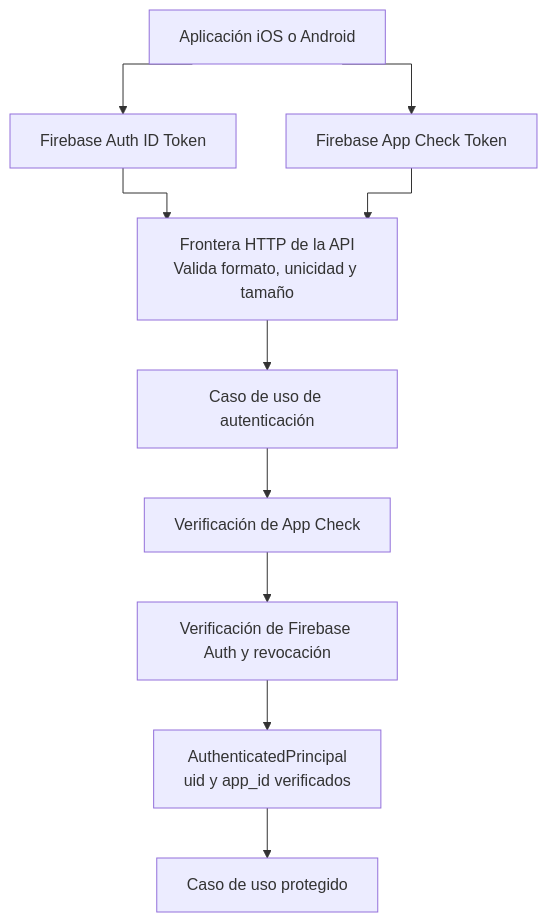
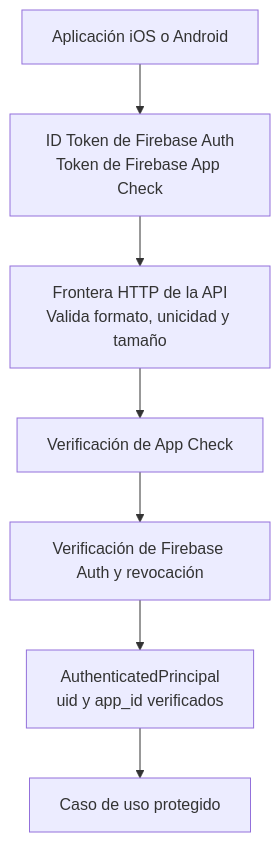
The diagram in docs/AUTHENTICATION.md (DappyDogs/dappydogs-chatbot-api), drawn with Mermaid before and after one commit. The commit also changed 15 other files, not shown here.

````diff
--- a/docs/AUTHENTICATION.md
+++ b/docs/AUTHENTICATION.md
@@ -20,23 +20,18 @@
 ```mermaid
 %%{init: {"flowchart": {"curve": "stepAfter"}}}%%
 flowchart TB
     MOBILE["Aplicación iOS o Android"]
-    AUTH_TOKEN["Firebase Auth ID Token"]
-    APP_TOKEN["Firebase App Check Token"]
+    EVIDENCE["ID Token de Firebase Auth<br/>Token de Firebase App Check"]
     HTTP["Frontera HTTP de la API<br/>Valida formato, unicidad y tamaño"]
-    AUTH_USE_CASE["Caso de uso de autenticación"]
     APP_CHECK["Verificación de App Check"]
     FIREBASE_AUTH["Verificación de Firebase Auth y revocación"]
     PRINCIPAL["AuthenticatedPrincipal<br/>uid y app_id verificados"]
     PROTECTED["Caso de uso protegido"]
 
-    MOBILE --> AUTH_TOKEN
-    MOBILE --> APP_TOKEN
-    AUTH_TOKEN --> HTTP
-    APP_TOKEN --> HTTP
-    HTTP --> AUTH_USE_CASE
-    AUTH_USE_CASE --> APP_CHECK
+    MOBILE --> EVIDENCE
+    EVIDENCE --> HTTP
+    HTTP --> APP_CHECK
     APP_CHECK --> FIREBASE_AUTH
     FIREBASE_AUTH --> PRINCIPAL
     PRINCIPAL --> PROTECTED
 ```
````
